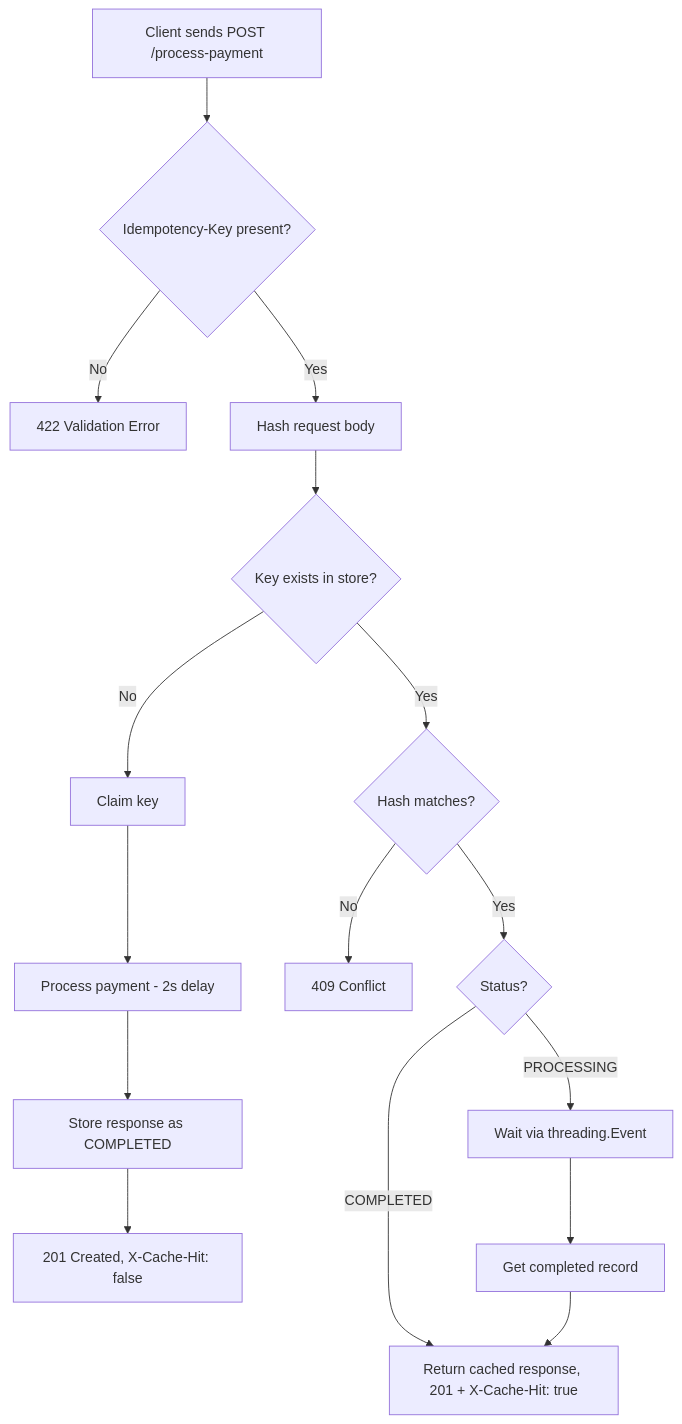
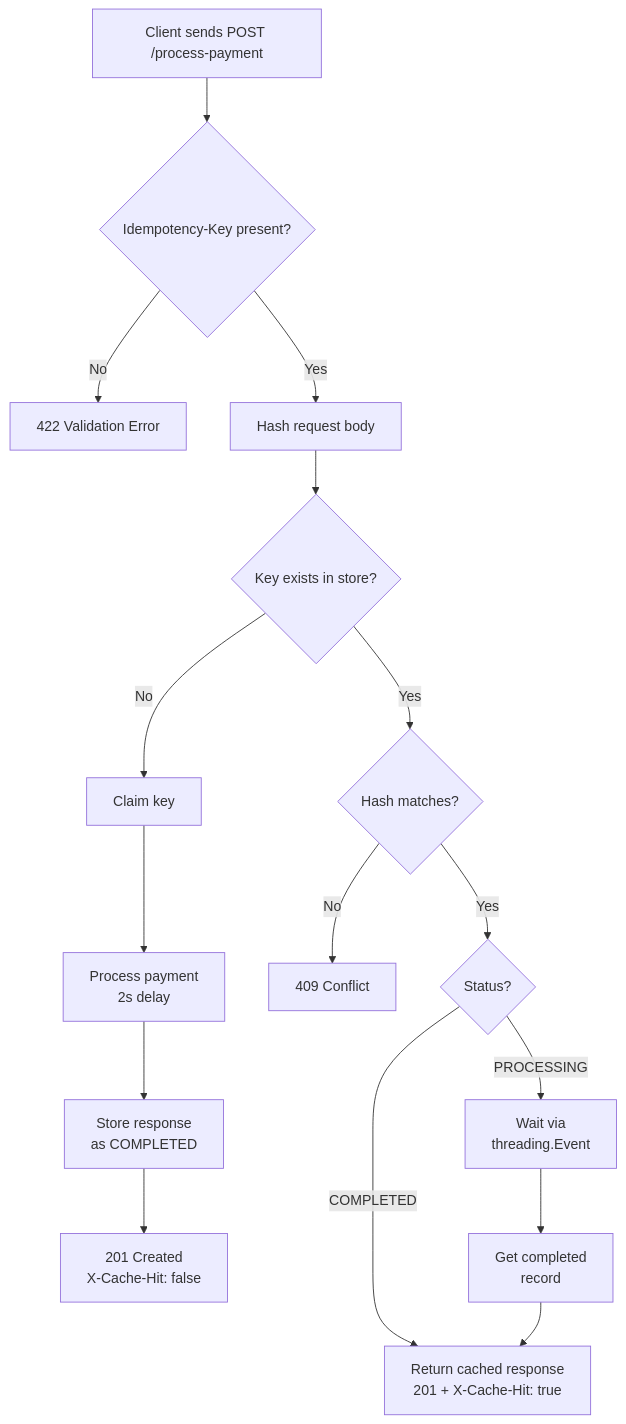
One commit to Programming-Sai/Idempotency-Gateway changed the second of 2 diagrams in README.md. Above: the diagram before and after it, drawn with Mermaid. The commit also changed other lines of this file, not shown here.

Commit message:
docs: complete README with architecture diagrams
- Add sequence diagram and flowchart
- Document features: idempotency, rate limiting, TTL, CORS
- Include example requests for each user story
- Explain design decisions and testing strategy
- Add project structure and setup instructions

````diff
--- a/README.md
+++ b/README.md
@@ -84,21 +84,21 @@
 ```mermaid
 flowchart TD
     A[Client sends POST /process-payment] --> B{Idempotency-Key present?}
     B -- No --> C[422 Validation Error]
     B -- Yes --> D[Hash request body]
     D --> E{Key exists in store?}
 
     E -- No --> F[Claim key]
-    F --> G[Process payment - 2s delay]
-    G --> H[Store response as COMPLETED]
-    H --> I[201 Created, X-Cache-Hit: false]
+    F --> G[Process payment<br/>2s delay]
+    G --> H[Store response<br/>as COMPLETED]
+    H --> I[201 Created<br/>X-Cache-Hit: false]
 
     E -- Yes --> J{Hash matches?}
     J -- No --> K[409 Conflict]
 
     J -- Yes --> L{Status?}
-    L -- COMPLETED --> M[Return cached response, 201 + X-Cache-Hit: true]
-    L -- PROCESSING --> N[Wait via threading.Event]
-    N --> O[Get completed record]
+    L -- COMPLETED --> M[Return cached response<br/>201 + X-Cache-Hit: true]
+    L -- PROCESSING --> N[Wait via<br/>threading.Event]
+    N --> O[Get completed<br/>record]
     O --> M
 ```
````
